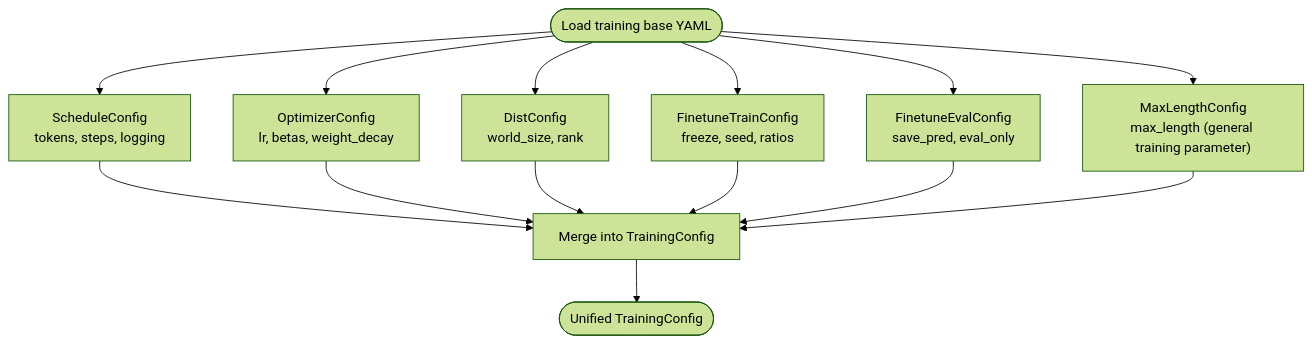
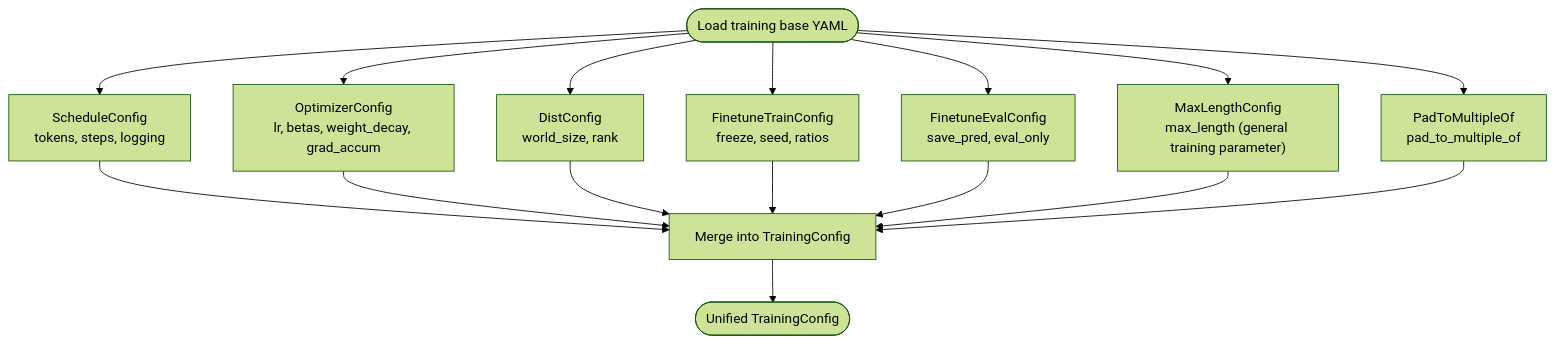
The sixth of 10 diagrams in .qoder/repowiki/en/content/Configuration System/Configuration System.md (alibaba/graph-gpt), drawn with Mermaid (forest theme) before and after one commit. The commit also changed other lines of this file and 4 other files, not shown here.

````diff
--- a/.qoder/repowiki/en/content/Configuration System/Configuration System.md
+++ b/.qoder/repowiki/en/content/Configuration System/Configuration System.md
@@ -352,16 +361,18 @@
 ```mermaid
 flowchart TD
 Start(["Load training base YAML"]) --> Schedule["ScheduleConfig<br/>tokens, steps, logging"]
-Start --> Optim["OptimizerConfig<br/>lr, betas, weight_decay"]
+Start --> Optim["OptimizerConfig<br/>lr, betas, weight_decay, grad_accum"]
 Start --> Dist["DistConfig<br/>world_size, rank"]
 Start --> FineTune["FinetuneTrainConfig<br/>freeze, seed, ratios"]
 Start --> FineEval["FinetuneEvalConfig<br/>save_pred, eval_only"]
 Start --> MaxLen["MaxLengthConfig<br/>max_length (general training parameter)"]
+Start --> PadMult["PadToMultipleOf<br/>pad_to_multiple_of"]
 Schedule --> Merge["Merge into TrainingConfig"]
 Optim --> Merge
 Dist --> Merge
 FineTune --> Merge
 FineEval --> Merge
 MaxLen --> Merge
+PadMult --> Merge
 Merge --> End(["Unified TrainingConfig"])
 ```
````
